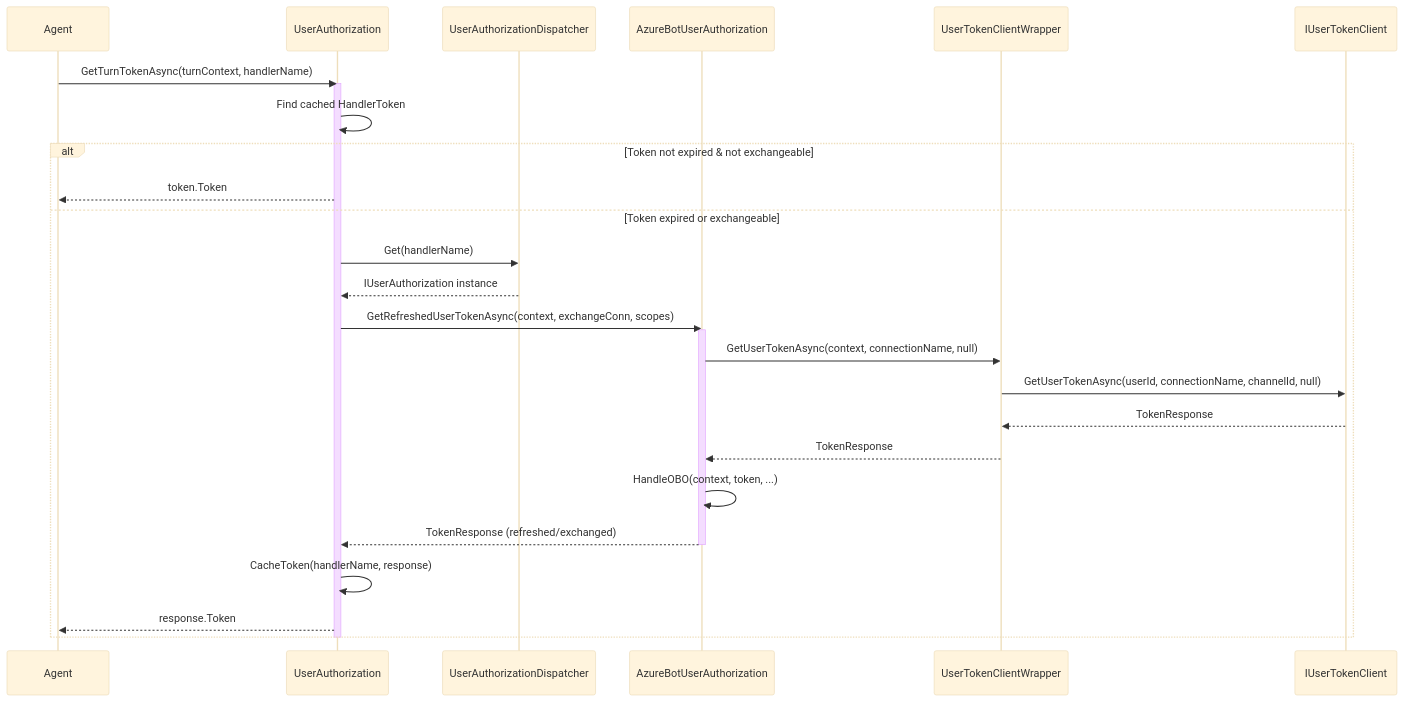
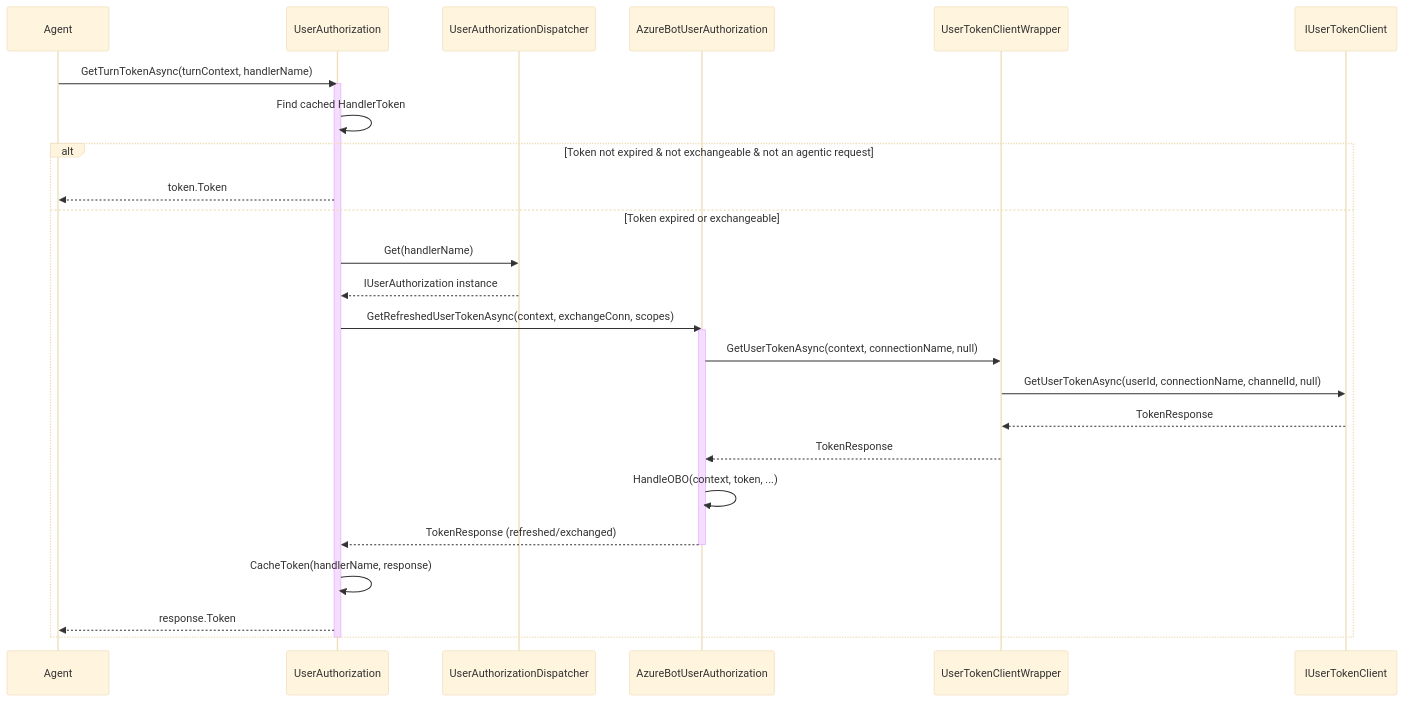
One commit to microsoft/Agents-for-net changed the fifth of 5 diagrams in docs/oauth-internal-sequence-diagram.md. Above: the diagram before and after it, drawn with Mermaid (base theme). The commit also changed other lines of this file and 6 other files, not shown here.

Commit message:
docs: fix sequence diagram drift (closes #920)

````diff
--- a/docs/oauth-internal-sequence-diagram.md
+++ b/docs/oauth-internal-sequence-diagram.md
@@ -266,32 +266,32 @@
 ```mermaid
 sequenceDiagram
     participant Agent
     participant UA as UserAuthorization
     participant Disp as UserAuthorizationDispatcher
     participant ABUA as AzureBotUserAuthorization
     participant Wrapper as UserTokenClientWrapper
     participant Client as IUserTokenClient
 
     Agent->>UA: GetTurnTokenAsync(turnContext, handlerName)
     activate UA
     UA->>UA: Find cached HandlerToken
 
-    alt Token not expired & not exchangeable
+    alt Token not expired & not exchangeable & not an agentic request
         UA-->>Agent: token.Token
     else Token expired or exchangeable
         UA->>Disp: Get(handlerName)
         Disp-->>UA: IUserAuthorization instance
         UA->>ABUA: GetRefreshedUserTokenAsync(context, exchangeConn, scopes)
         activate ABUA
         ABUA->>Wrapper: GetUserTokenAsync(context, connectionName, null)
         Wrapper->>Client: GetUserTokenAsync(userId, connectionName, channelId, null)
         Client-->>Wrapper: TokenResponse
         Wrapper-->>ABUA: TokenResponse
         ABUA->>ABUA: HandleOBO(context, token, ...)
         ABUA-->>UA: TokenResponse (refreshed/exchanged)
         deactivate ABUA
         UA->>UA: CacheToken(handlerName, response)
         UA-->>Agent: response.Token
     end
     deactivate UA
 ```
````
